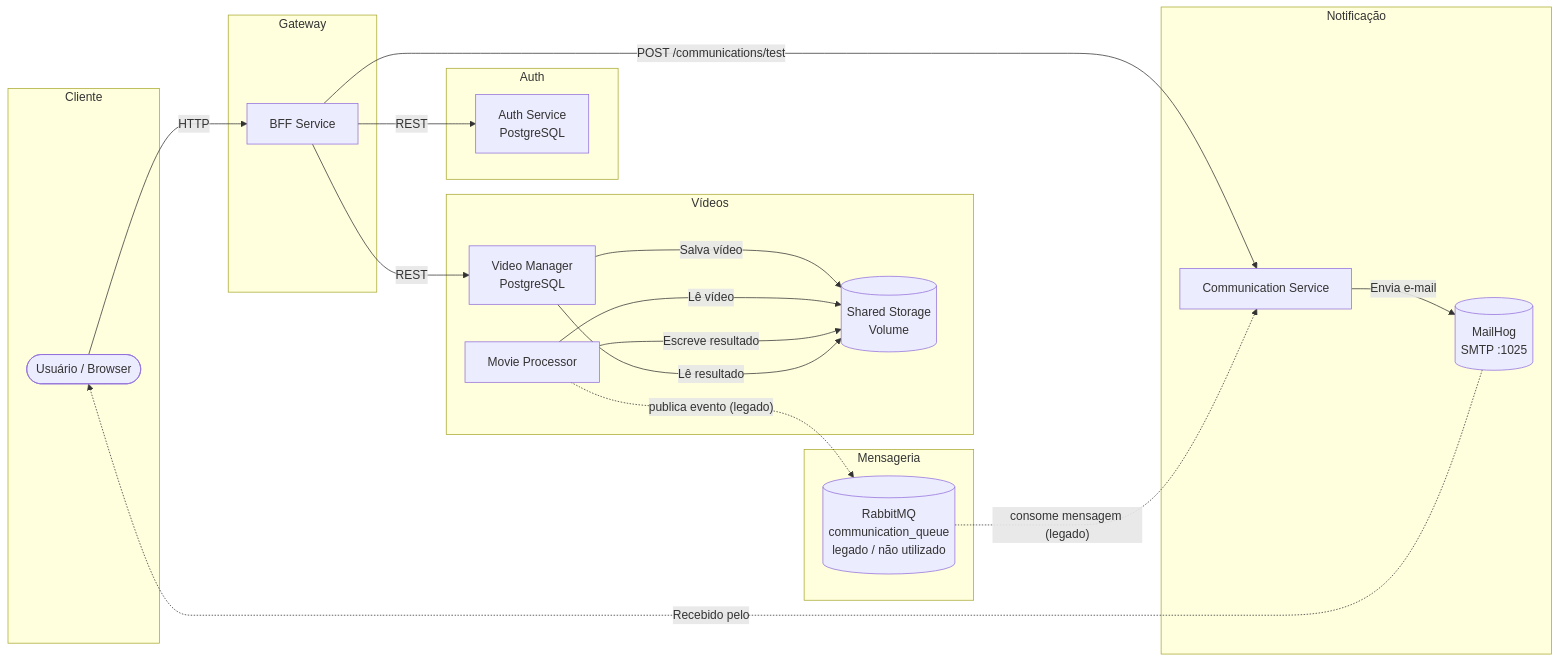
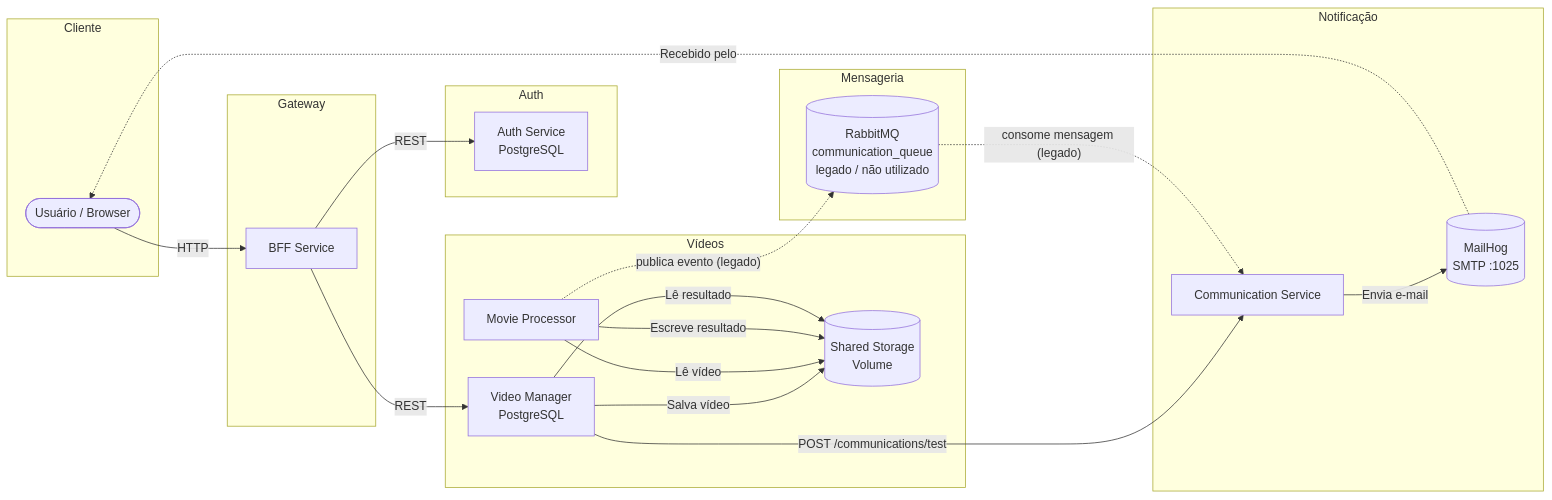
The diagram in README.md (OBigJones/tcf-fase05-communication), drawn with Mermaid before and after one commit. The commit also changed other lines of this file, not shown here.

````diff
--- a/README.md
+++ b/README.md
@@ -145,42 +145,42 @@
 ```mermaid
 flowchart LR
     subgraph Cliente
         USER([Usuário / Browser])
     end
 
     subgraph Gateway
         BFF[BFF Service]
     end
 
     subgraph Auth
         AUTH[Auth Service\nPostgreSQL]
     end
 
     subgraph Vídeos
         VM[Video Manager\nPostgreSQL]
         STORAGE[(Shared Storage\nVolume)]
         MP[Movie Processor]
     end
 
     subgraph Mensageria
         MQ[(RabbitMQ\ncommunication_queue\nlegado / não utilizado)]
     end
 
     subgraph Notificação
         COMM[Communication Service]
         MAIL[(MailHog\nSMTP :1025)]
     end
 
     USER -->|HTTP| BFF
     BFF -->|REST| AUTH
     BFF -->|REST| VM
     VM -->|Salva vídeo| STORAGE
     MP -->|Lê vídeo| STORAGE
     MP -->|Escreve resultado| STORAGE
     VM -->|Lê resultado| STORAGE
-    BFF -->|POST /communications/test| COMM
+    VM -->|POST /communications/test| COMM
     MP -.->|"publica evento (legado)"| MQ
     MQ -.->|"consome mensagem (legado)"| COMM
     COMM -->|Envia e-mail| MAIL
     MAIL -.->|Recebido pelo| USER
 ```
````
